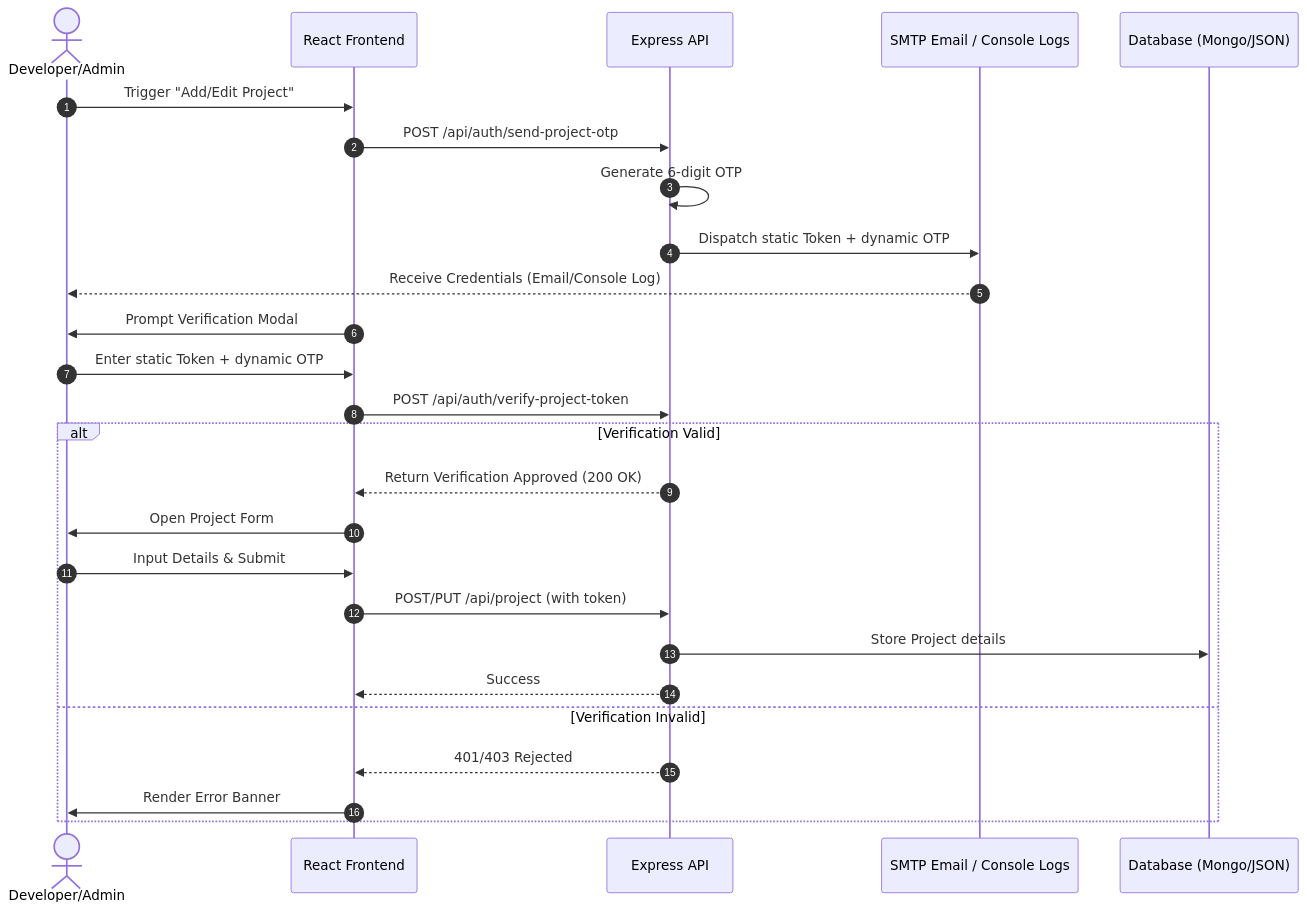
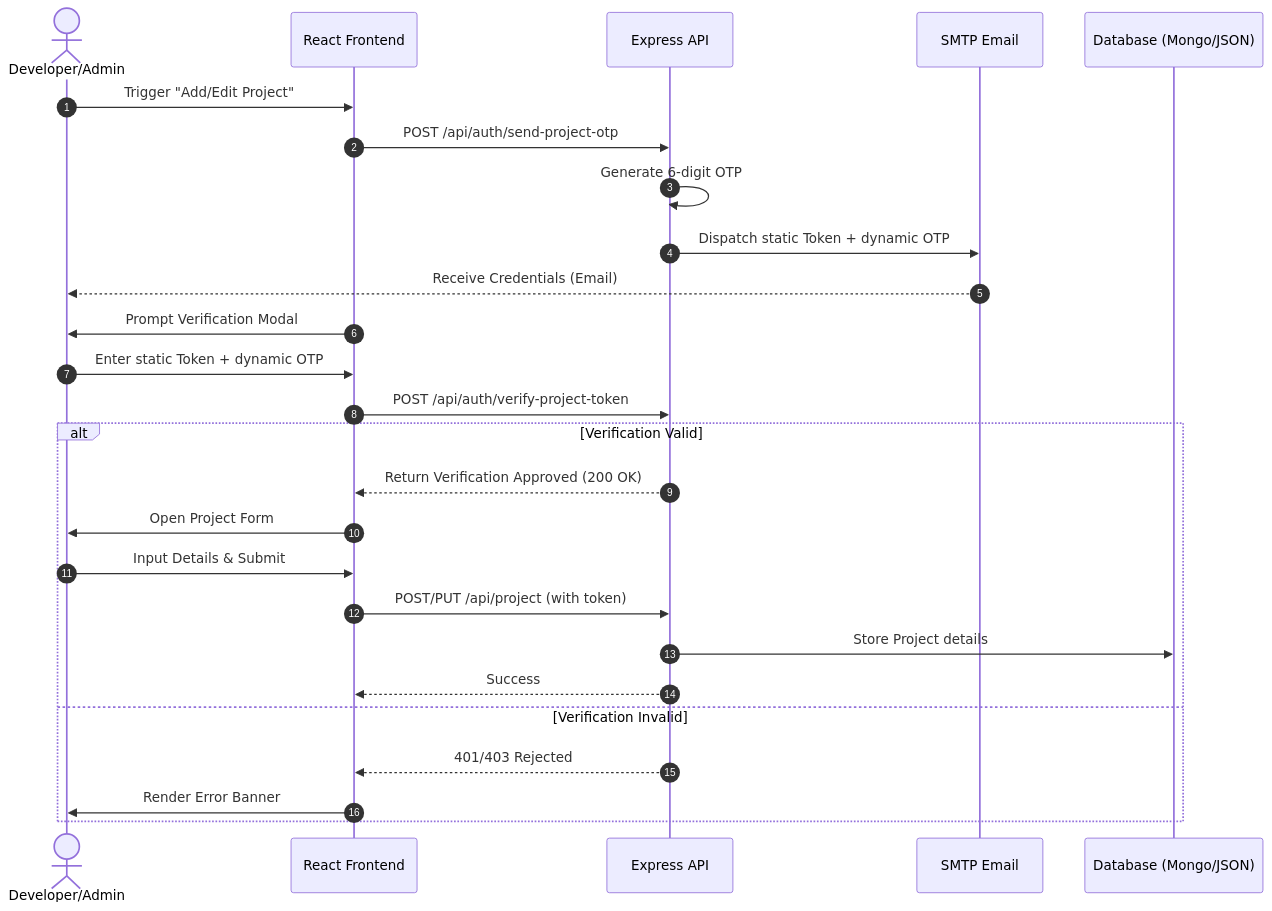
The second of 2 diagrams in README.md (arajnish24/Portfolio), drawn with Mermaid before and after one commit. The commit also changed other lines of this file and 1 other file, not shown here.

````diff
--- a/README.md
+++ b/README.md
@@ -42,29 +42,29 @@
 ```mermaid
 sequenceDiagram
     autonumber
     actor Owner as Developer/Admin
     participant FE as React Frontend
     participant BE as Express API
-    participant Mail as SMTP Email / Console Logs
+    participant Mail as SMTP Email
     participant DB as Database (Mongo/JSON)
 
     Owner->>FE: Trigger "Add/Edit Project"
     FE->>BE: POST /api/auth/send-project-otp
     BE->>BE: Generate 6-digit OTP
     BE->>Mail: Dispatch static Token + dynamic OTP
-    Mail-->>Owner: Receive Credentials (Email/Console Log)
+    Mail-->>Owner: Receive Credentials (Email)
     FE->>Owner: Prompt Verification Modal
     Owner->>FE: Enter static Token + dynamic OTP
     FE->>BE: POST /api/auth/verify-project-token
     alt Verification Valid
         BE-->>FE: Return Verification Approved (200 OK)
         FE->>Owner: Open Project Form
         Owner->>FE: Input Details & Submit
         FE->>BE: POST/PUT /api/project (with token)
         BE->>DB: Store Project details
         BE-->>FE: Success
     else Verification Invalid
         BE-->>FE: 401/403 Rejected
         FE->>Owner: Render Error Banner
     end
 ```
````
